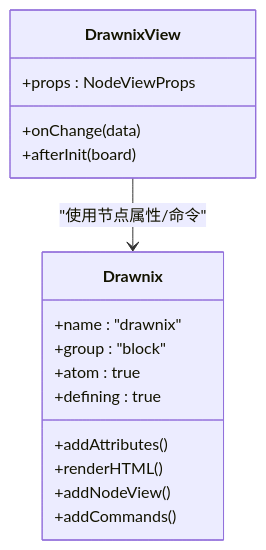
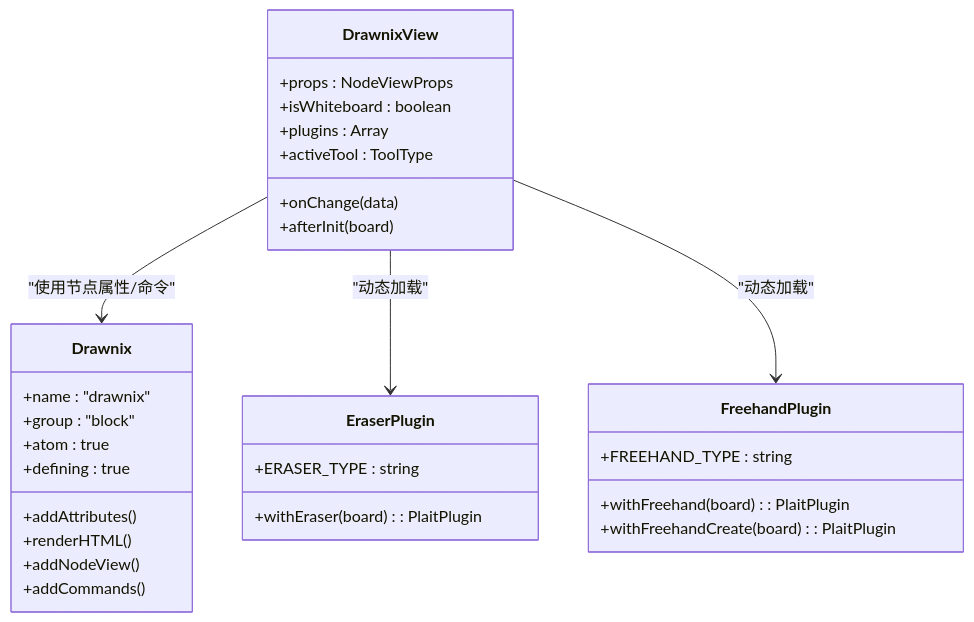
One commit to LRF0422/Kotion changed the third of 4 diagrams in .qoder/repowiki/zh/content/功能模块/绘图插件/绘图插件.md. Above: the diagram before and after it, drawn with Mermaid. The commit also changed other lines of this file and 34 other files, not shown here.

````diff
--- a/.qoder/repowiki/zh/content/功能模块/绘图插件/绘图插件.md
+++ b/.qoder/repowiki/zh/content/功能模块/绘图插件/绘图插件.md
@@ -212,19 +183,33 @@
 ```mermaid
 classDiagram
 class Drawnix {
 +name : "drawnix"
 +group : "block"
 +atom : true
 +defining : true
 +addAttributes()
 +renderHTML()
 +addNodeView()
 +addCommands()
 }
 class DrawnixView {
 +props : NodeViewProps
++isWhiteboard : boolean
++plugins : Array
++activeTool : ToolType
 +onChange(data)
 +afterInit(board)
 }
+class EraserPlugin {
++ERASER_TYPE : string
++withEraser(board) : PlaitPlugin
+}
+class FreehandPlugin {
++FREEHAND_TYPE : string
++withFreehand(board) : PlaitPlugin
++withFreehandCreate(board) : PlaitPlugin
+}
 DrawnixView --> Drawnix : "使用节点属性/命令"
+DrawnixView --> EraserPlugin : "动态加载"
+DrawnixView --> FreehandPlugin : "动态加载"
 ```
````
